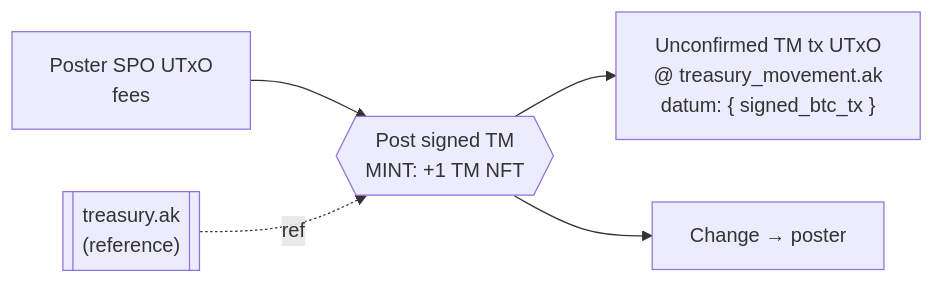
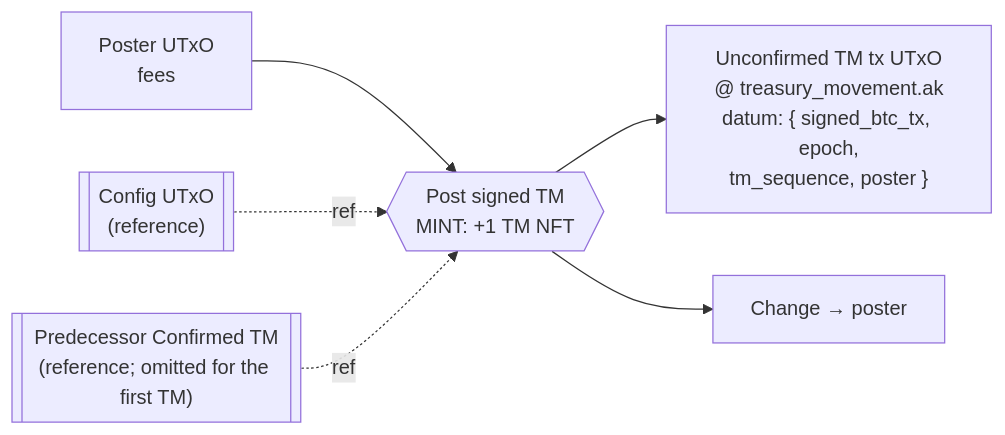
The fifth of 10 diagrams in documentation/technical_documentation.md (FluidTokens/ft-bifrost-bridge), drawn with Mermaid before and after one commit. The commit also changed other lines of this file, not shown here.

````diff
--- a/documentation/technical_documentation.md
+++ b/documentation/technical_documentation.md
@@ -784,7 +793,8 @@
 ```mermaid
 flowchart LR
-  poster["Poster SPO UTxO<br/>fees"] --> tx{{"Post signed TM<br/>MINT: +1 TM NFT"}}
-  tres_ref[["treasury.ak<br/>(reference)"]] -. ref .-> tx
-  tx --> unconf["Unconfirmed TM tx UTxO<br/>@ treasury_movement.ak<br/>datum: { signed_btc_tx }"]
+  poster["Poster UTxO<br/>fees"] --> tx{{"Post signed TM<br/>MINT: +1 TM NFT"}}
+  cfg_ref[["Config UTxO<br/>(reference)"]] -. ref .-> tx
+  prev_ref[["Predecessor Confirmed TM<br/>(reference; omitted for the first TM)"]] -. ref .-> tx
+  tx --> unconf["Unconfirmed TM tx UTxO<br/>@ treasury_movement.ak<br/>datum: { signed_btc_tx, epoch,<br/>tm_sequence, poster }"]
   tx --> change["Change → poster"]
 ```
````
